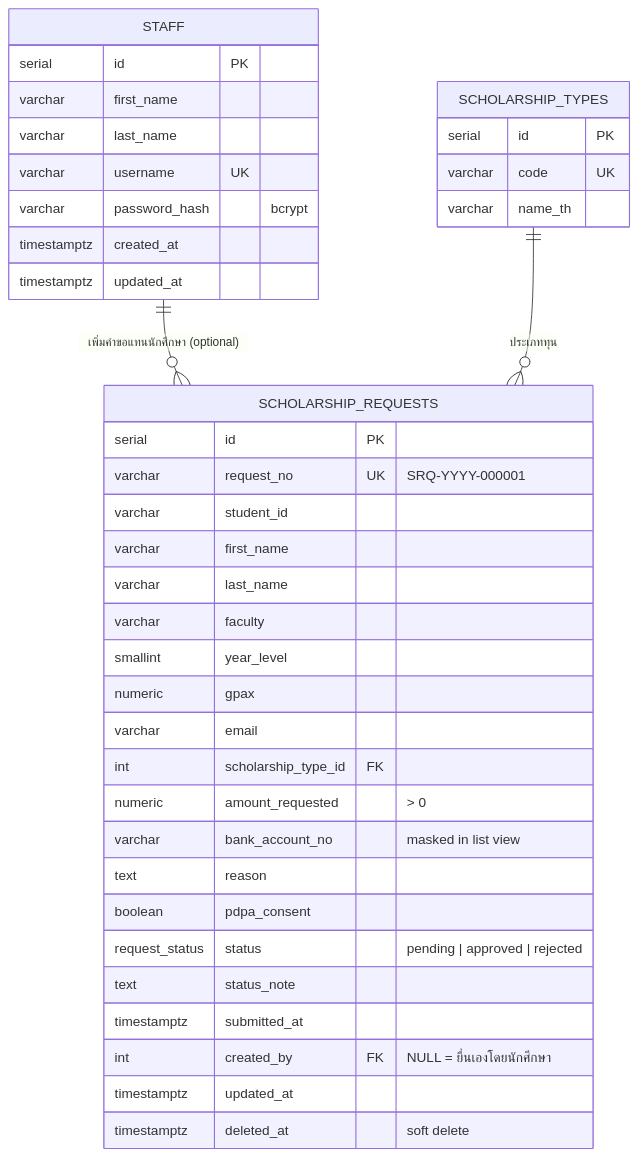
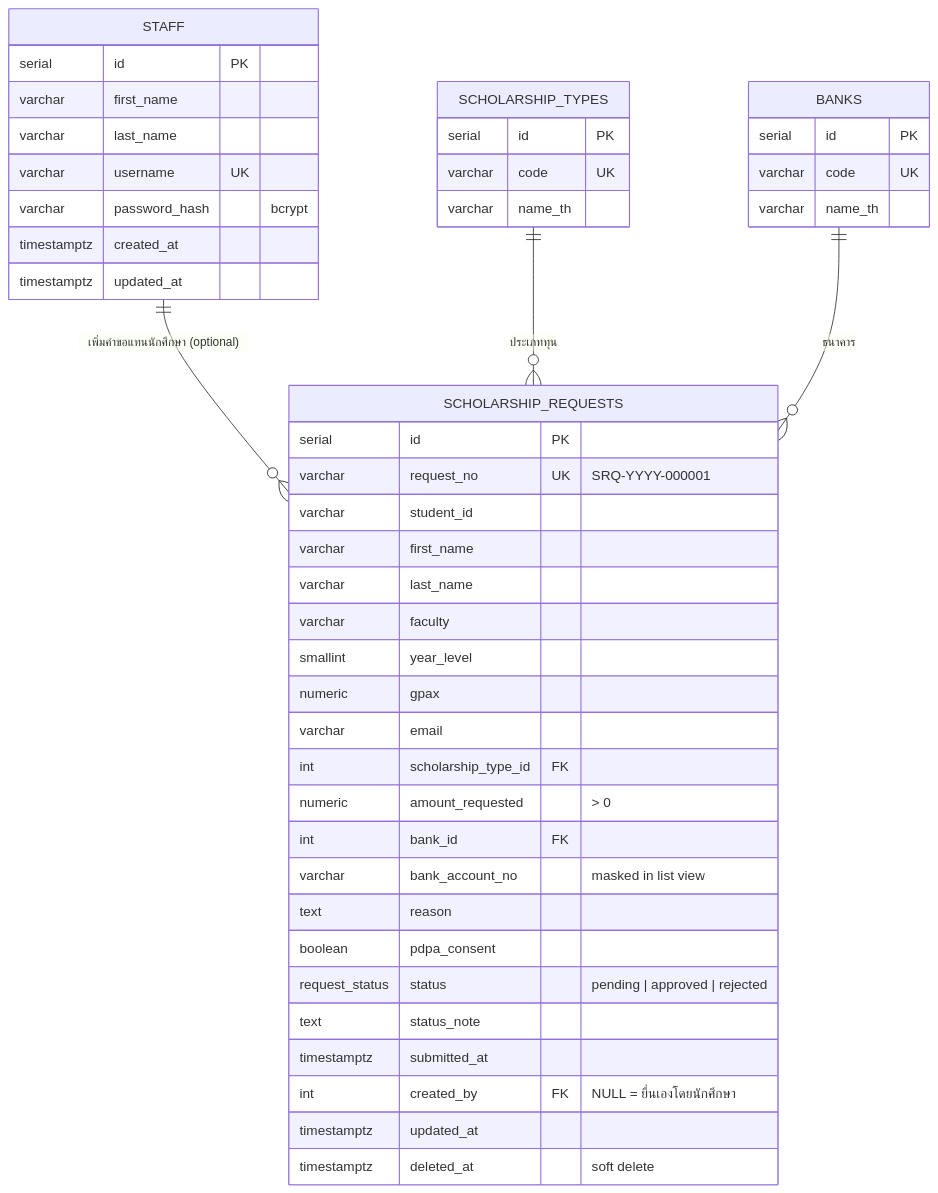
One commit to newzydev/Scholarship-Request-Management-React changed the diagram in docs/ER-Diagram.md. Above: the diagram before and after it, drawn with Mermaid. The commit also changed other lines of this file and 10 other files, not shown here.

````diff
--- a/docs/ER-Diagram.md
+++ b/docs/ER-Diagram.md
@@ -3,44 +3,52 @@
 ```mermaid
 erDiagram
     STAFF ||--o{ SCHOLARSHIP_REQUESTS : "เพิ่มคำขอแทนนักศึกษา (optional)"
     SCHOLARSHIP_TYPES ||--o{ SCHOLARSHIP_REQUESTS : "ประเภททุน"
+    BANKS ||--o{ SCHOLARSHIP_REQUESTS : "ธนาคาร"
 
     STAFF {
         serial id PK
         varchar first_name
         varchar last_name
         varchar username UK
         varchar password_hash "bcrypt"
         timestamptz created_at
         timestamptz updated_at
     }
 
     SCHOLARSHIP_TYPES {
         serial id PK
         varchar code UK
         varchar name_th
     }
 
+    BANKS {
+        serial id PK
+        varchar code UK
+        varchar name_th
+    }
+
     SCHOLARSHIP_REQUESTS {
         serial id PK
         varchar request_no UK "SRQ-YYYY-000001"
         varchar student_id
         varchar first_name
         varchar last_name
         varchar faculty
         smallint year_level
         numeric gpax
         varchar email
         int scholarship_type_id FK
         numeric amount_requested "> 0"
+        int bank_id FK
         varchar bank_account_no "masked in list view"
         text reason
         boolean pdpa_consent
         request_status status "pending | approved | rejected"
         text status_note
         timestamptz submitted_at
         int created_by FK "NULL = ยื่นเองโดยนักศึกษา"
         timestamptz updated_at
         timestamptz deleted_at "soft delete"
     }
 ```
````
